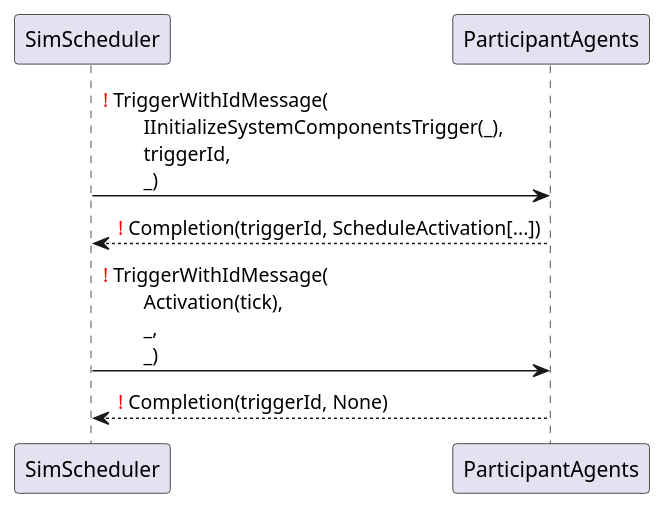
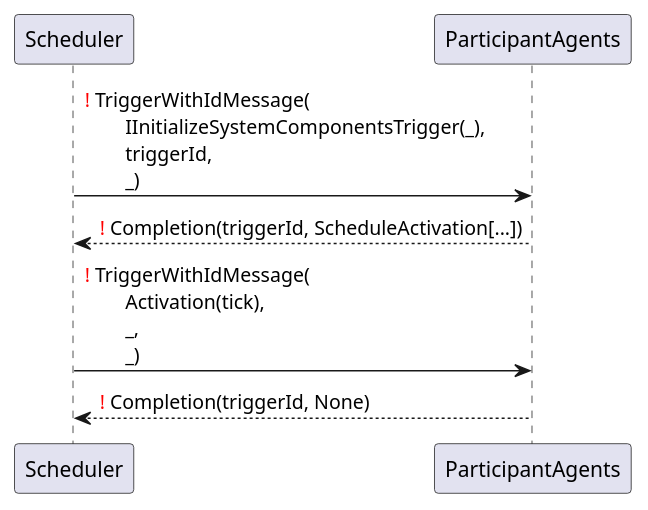
Before and after one commit to ie3-institute/simona: the diagram in docs/uml/protocol/ParticipantTriggeredByItself.puml, drawn with PlantUML. The commit also changed 3 other files, not shown here.

Commit message:
Changed SimScheduler and MainController to Scheduler and SimonaSim

```diff
--- a/docs/uml/protocol/ParticipantTriggeredByItself.puml
+++ b/docs/uml/protocol/ParticipantTriggeredByItself.puml
@@ -1,6 +1,6 @@
 @startuml
-SimScheduler -> ParticipantAgents: <font color=red>!</font> TriggerWithIdMessage(\n\tIInitializeSystemComponentsTrigger(_),\n\ttriggerId,\n\t_)
-ParticipantAgents --> SimScheduler: <font color=red>!</font> Completion(triggerId, ScheduleActivation[...])
-SimScheduler -> ParticipantAgents: <font color=red>!</font> TriggerWithIdMessage(\n\tActivation(tick),\n\t_,\n\t_)
-ParticipantAgents --> SimScheduler: <font color=red>!</font> Completion(triggerId, None)
+Scheduler -> ParticipantAgents: <font color=red>!</font> TriggerWithIdMessage(\n\tIInitializeSystemComponentsTrigger(_),\n\ttriggerId,\n\t_)
+ParticipantAgents --> Scheduler: <font color=red>!</font> Completion(triggerId, ScheduleActivation[...])
+Scheduler -> ParticipantAgents: <font color=red>!</font> TriggerWithIdMessage(\n\tActivation(tick),\n\t_,\n\t_)
+ParticipantAgents --> Scheduler: <font color=red>!</font> Completion(triggerId, None)
 @enduml
```
